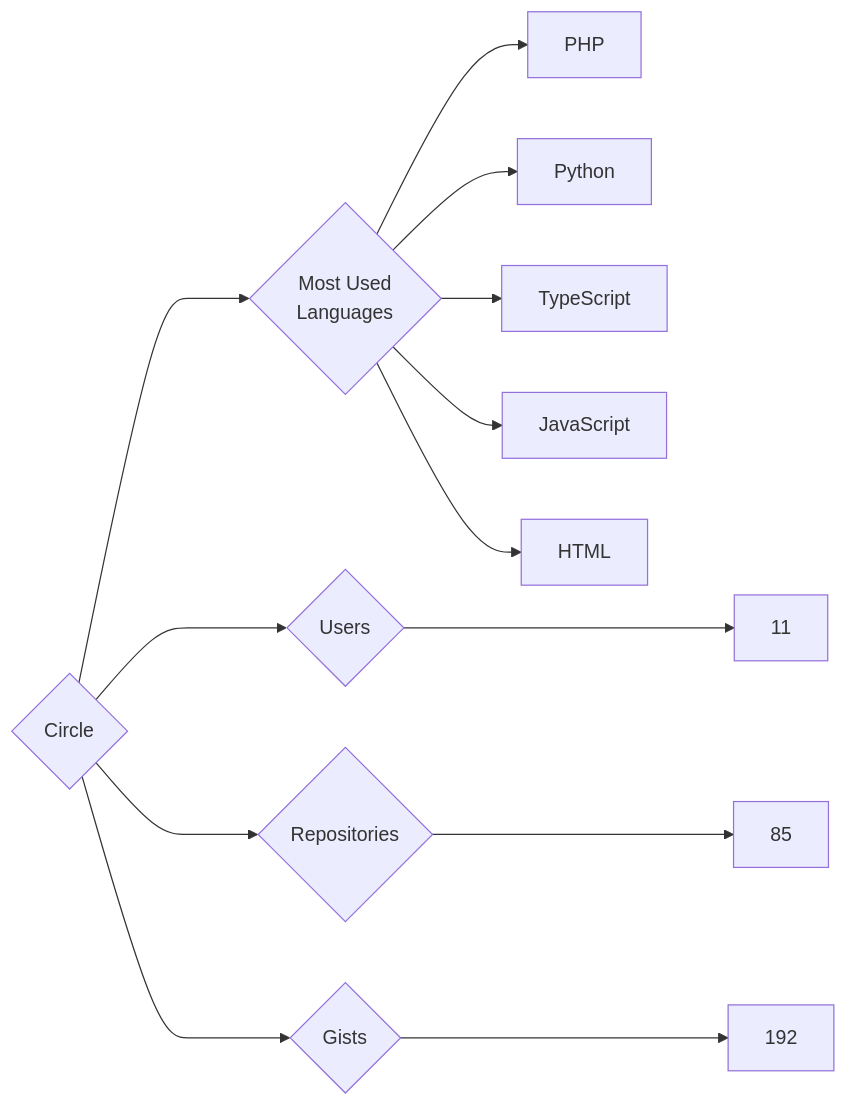
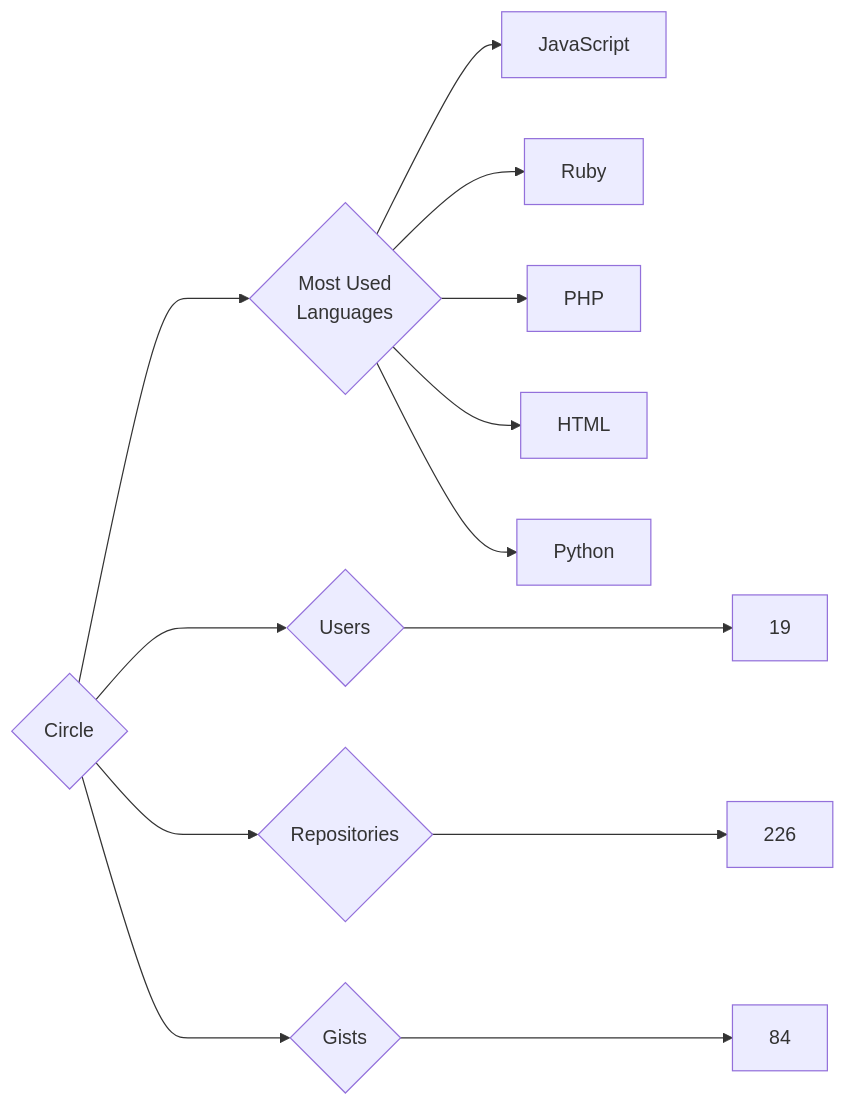
One commit to trickest/insiders changed the diagram in targets/Circle/README.md. Above: the diagram before and after it, drawn with Mermaid. The commit also changed 614 other files, not shown here.

````diff
--- a/targets/Circle/README.md
+++ b/targets/Circle/README.md
@@ -3,13 +3,13 @@
 ```mermaid
 graph LR
 COMPANY_NAME{Circle}
-COMPANY_NAME ---> U{Users} ---> UN[11]
-COMPANY_NAME ---> R{Repositories} ---> RN[85]
-COMPANY_NAME ---> G{Gists} ---> GN[192]
+COMPANY_NAME ---> U{Users} ---> UN[19]
+COMPANY_NAME ---> R{Repositories} ---> RN[226]
+COMPANY_NAME ---> G{Gists} ---> GN[84]
 COMPANY_NAME ---> ML{Most Used<br>Languages}
+ML --> JavaScript[JavaScript]
+ML --> Ruby[Ruby]
 ML --> PHP[PHP]
+ML --> HTML[HTML]
 ML --> Python[Python]
-ML --> TypeScript[TypeScript]
-ML --> JavaScript[JavaScript]
-ML --> HTML[HTML]
 ```
````
